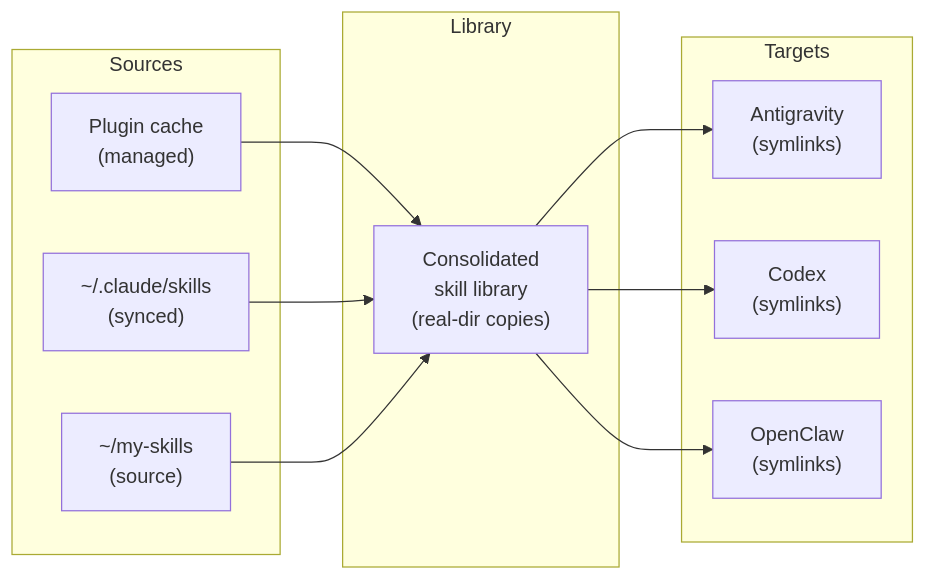
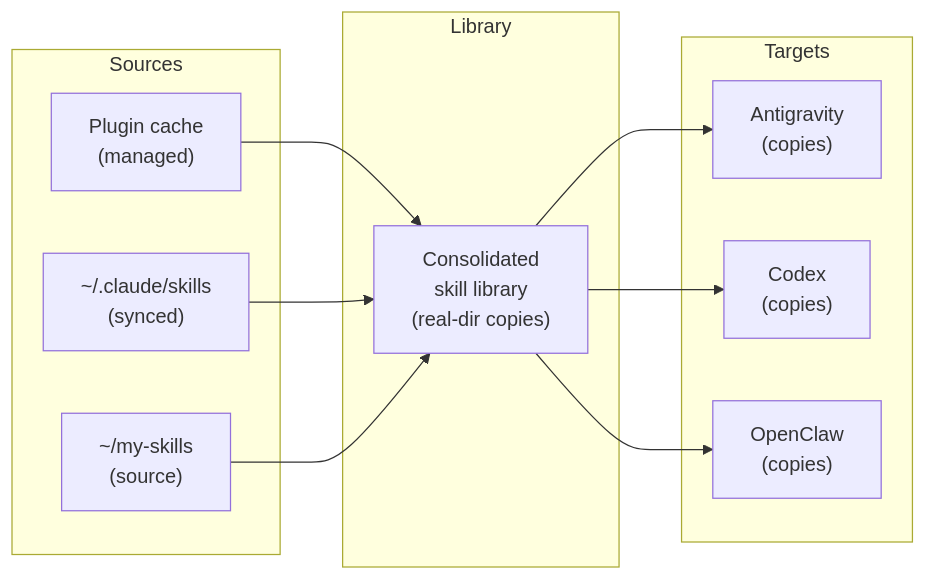
Before and after one commit to MartinP7r/tome: the diagram in README.md, drawn with Mermaid. The commit also changed other lines of this file and 17 other files, not shown here.

````diff
--- a/README.md
+++ b/README.md
@@ -130,25 +134,25 @@
 ```mermaid
 graph LR
     subgraph Sources
         S1["Plugin cache<br/>(managed)"]
         S2["~/.claude/skills<br/>(synced)"]
         S3["~/my-skills<br/>(source)"]
     end
 
     subgraph Library
         L["Consolidated<br/>skill library<br/>(real-dir copies)"]
     end
 
     subgraph Targets
-        T1["Antigravity<br/>(symlinks)"]
-        T2["Codex<br/>(symlinks)"]
-        T3["OpenClaw<br/>(symlinks)"]
+        T1["Antigravity<br/>(copies)"]
+        T2["Codex<br/>(copies)"]
+        T3["OpenClaw<br/>(copies)"]
     end
 
     S1 --> L
     S2 --> L
     S3 --> L
     L --> T1
     L --> T2
     L --> T3
 ```
````
